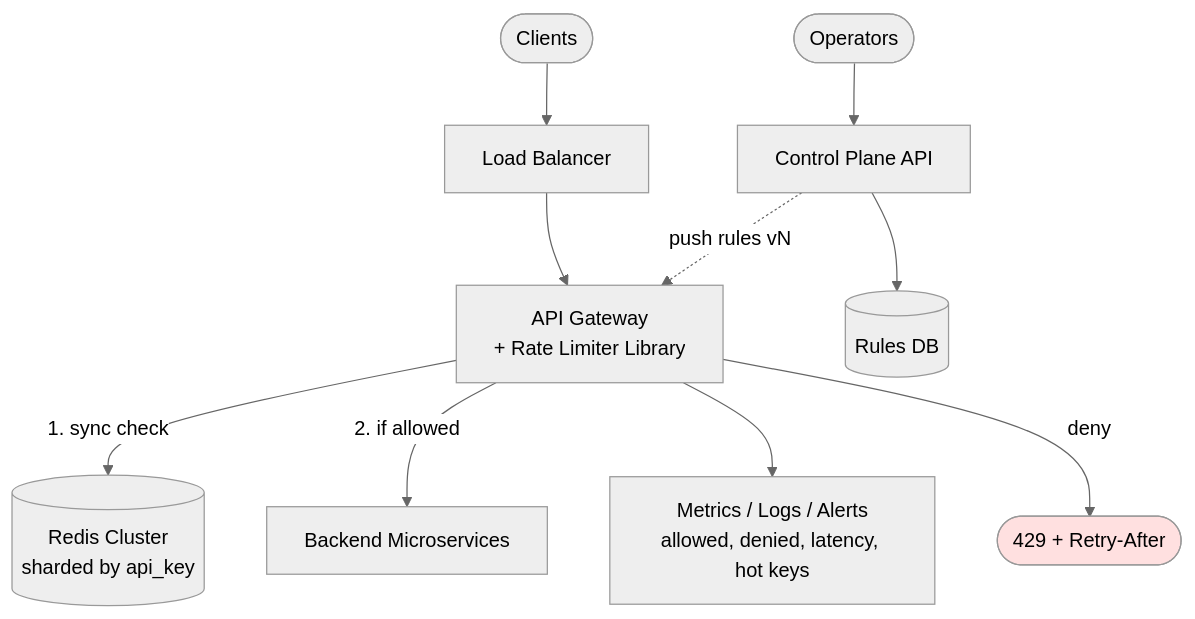
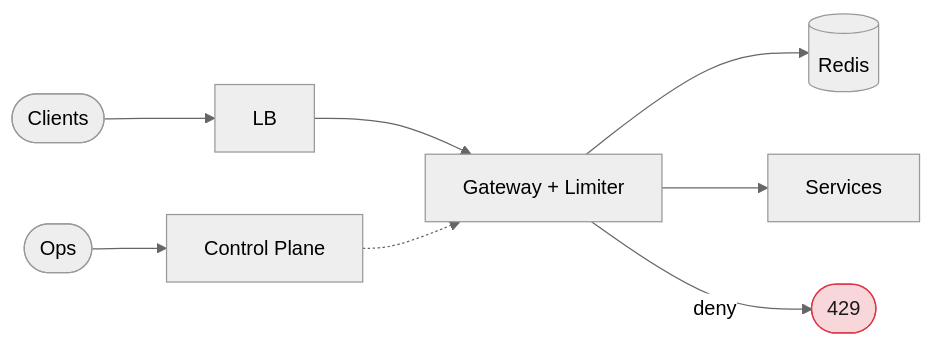
Before and after one commit to amanjaiswal30/dsa-solutions: the diagram in assets/images/high_level_design/01_flow_final_architecture.mmd, drawn with Mermaid (neutral theme). The commit also changed 50 other files, not shown here.

```diff
--- a/assets/images/high_level_design/01_flow_final_architecture.mmd
+++ b/assets/images/high_level_design/01_flow_final_architecture.mmd
@@ -1,16 +1,10 @@
-flowchart TB
-    C([Clients]) --> LB[Load Balancer]
-    LB --> GW[API Gateway<br/>+ Rate Limiter Library]
+flowchart LR
+    C([Clients]) --> LB[LB]
+    LB --> GW[Gateway + Limiter]
+    GW --> REDIS[(Redis)]
+    GW --> SVC[Services]
+    ADM([Ops]) --> CP[Control Plane]
+    CP -.-> GW
+    GW -->|deny| R429([429])
 
-    GW -->|1. sync check| REDIS[(Redis Cluster<br/>sharded by api_key)]
-    GW -->|2. if allowed| SVC[Backend Microservices]
-
-    ADM([Operators]) --> CP[Control Plane API]
-    CP --> STORE[(Rules DB)]
-    CP -.->|push rules vN| GW
-
-    GW --> MET[Metrics / Logs / Alerts<br/>allowed, denied, latency, hot keys]
-
-    GW -->|deny| R429([429 + Retry-After])
-
-    style R429 fill:#ffe0e0
+    style R429 fill:#f8d7da,stroke:#dc3545,color:#1a1a1a
```
